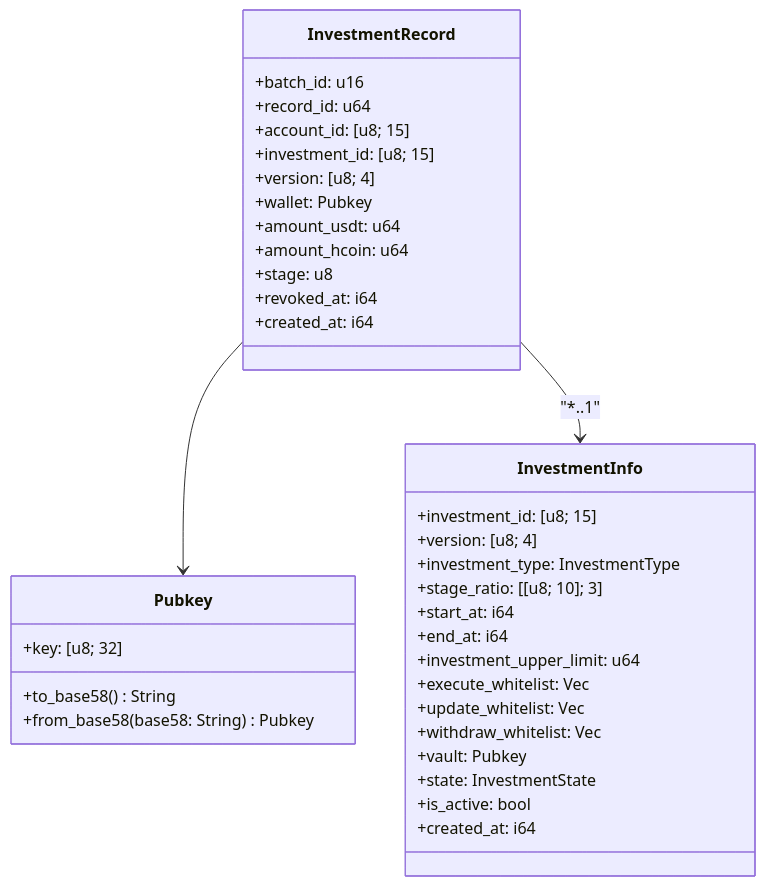
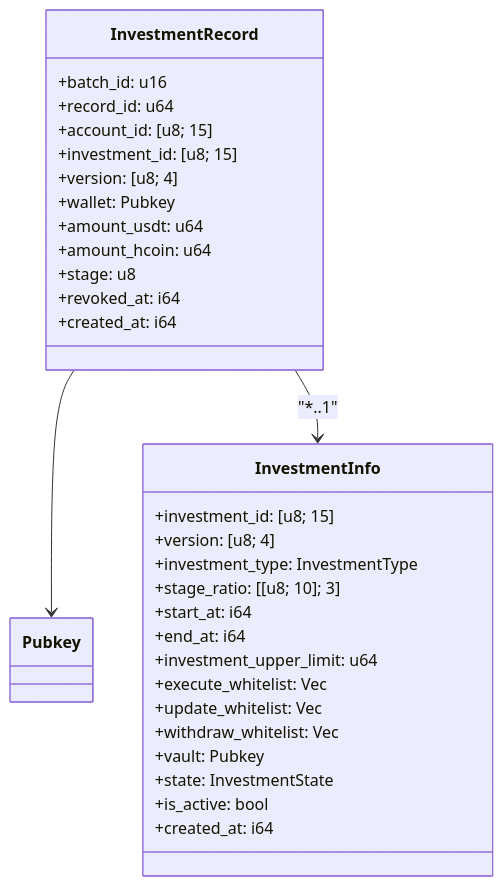
The diagram in docs/diagrams/mermaid/investment_record_class_diagram.mmd (MEDIISCI/h2coin-solana-contracts), drawn with Mermaid before and after one commit. The commit also changed 5 other files, not shown here.

Commit message:
Update diagrams

```diff
--- a/docs/diagrams/mermaid/investment_record_class_diagram.mmd
+++ b/docs/diagrams/mermaid/investment_record_class_diagram.mmd
@@ -1,37 +1,33 @@
 classDiagram
     class InvestmentRecord {
         +batch_id: u16
         +record_id: u64
         +account_id: [u8; 15]
         +investment_id: [u8; 15]
         +version: [u8; 4]
         +wallet: Pubkey
         +amount_usdt: u64
         +amount_hcoin: u64
         +stage: u8
         +revoked_at: i64
         +created_at: i64
     }
-    class Pubkey {
-        +key: [u8; 32]
-        +to_base58() String
-        +from_base58(base58: String) Pubkey
-    }
+    class Pubkey
     class InvestmentInfo {
         +investment_id: [u8; 15]
         +version: [u8; 4]
         +investment_type: InvestmentType
         +stage_ratio: [[u8; 10]; 3]
         +start_at: i64
         +end_at: i64
         +investment_upper_limit: u64
         +execute_whitelist: Vec<Pubkey>
         +update_whitelist: Vec<Pubkey>
         +withdraw_whitelist: Vec<Pubkey>
         +vault: Pubkey
         +state: InvestmentState
         +is_active: bool
         +created_at: i64
     }
     InvestmentRecord --> Pubkey
     InvestmentRecord --> InvestmentInfo : "*..1" 
```
